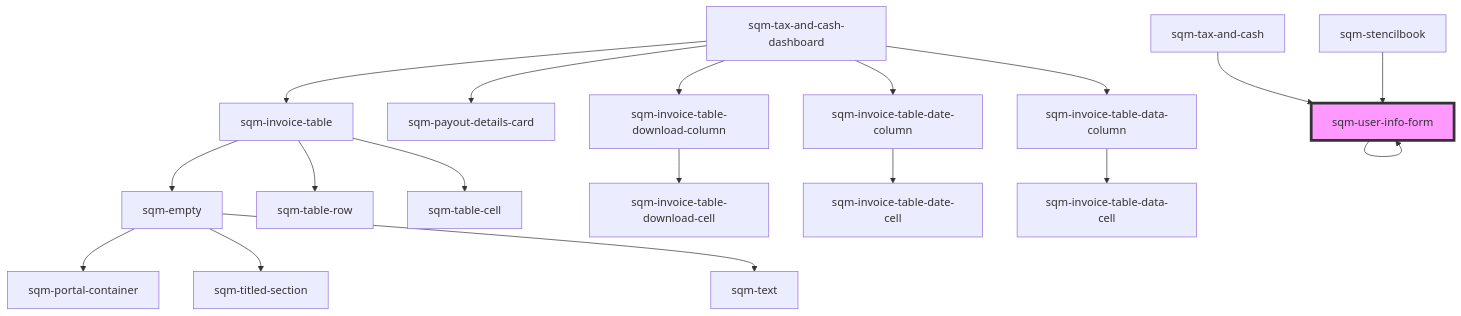
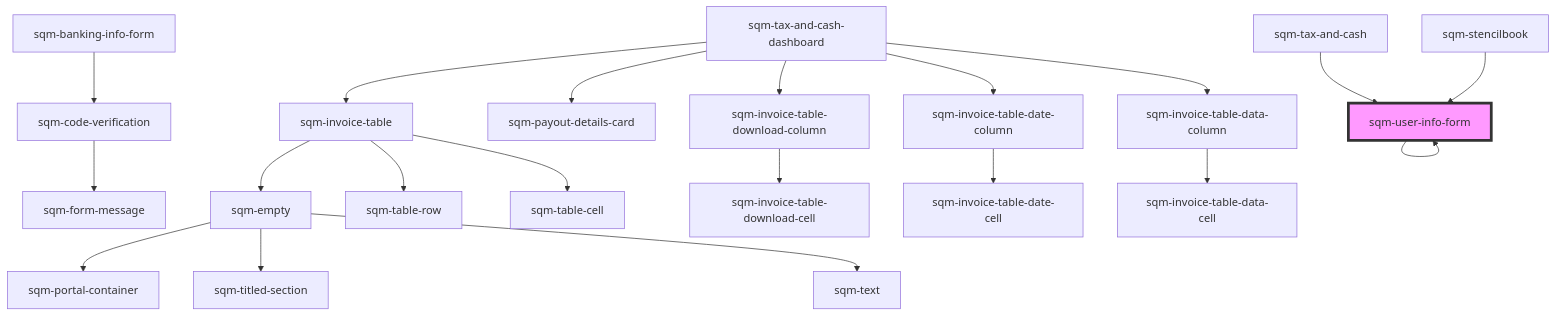
Before and after one commit to saasquatch/program-tools: the diagram in packages/mint-components/src/components/tax-and-cash/sqm-user-info-form/readme.md, drawn with Mermaid. The commit also changed 15 other files, not shown here.

````diff
--- a/packages/mint-components/src/components/tax-and-cash/sqm-user-info-form/readme.md
+++ b/packages/mint-components/src/components/tax-and-cash/sqm-user-info-form/readme.md
@@ -65,21 +65,23 @@
 ```mermaid
 graph TD;
   sqm-user-info-form --> sqm-user-info-form
+  sqm-banking-info-form --> sqm-code-verification
+  sqm-code-verification --> sqm-form-message
   sqm-tax-and-cash-dashboard --> sqm-payout-details-card
   sqm-tax-and-cash-dashboard --> sqm-invoice-table
   sqm-tax-and-cash-dashboard --> sqm-invoice-table-download-column
   sqm-tax-and-cash-dashboard --> sqm-invoice-table-date-column
   sqm-tax-and-cash-dashboard --> sqm-invoice-table-data-column
   sqm-invoice-table --> sqm-empty
   sqm-invoice-table --> sqm-table-row
   sqm-invoice-table --> sqm-table-cell
   sqm-empty --> sqm-portal-container
   sqm-empty --> sqm-titled-section
   sqm-empty --> sqm-text
   sqm-invoice-table-download-column --> sqm-invoice-table-download-cell
   sqm-invoice-table-date-column --> sqm-invoice-table-date-cell
   sqm-invoice-table-data-column --> sqm-invoice-table-data-cell
   sqm-tax-and-cash --> sqm-user-info-form
   sqm-stencilbook --> sqm-user-info-form
   style sqm-user-info-form fill:#f9f,stroke:#333,stroke-width:4px
 ```
````
